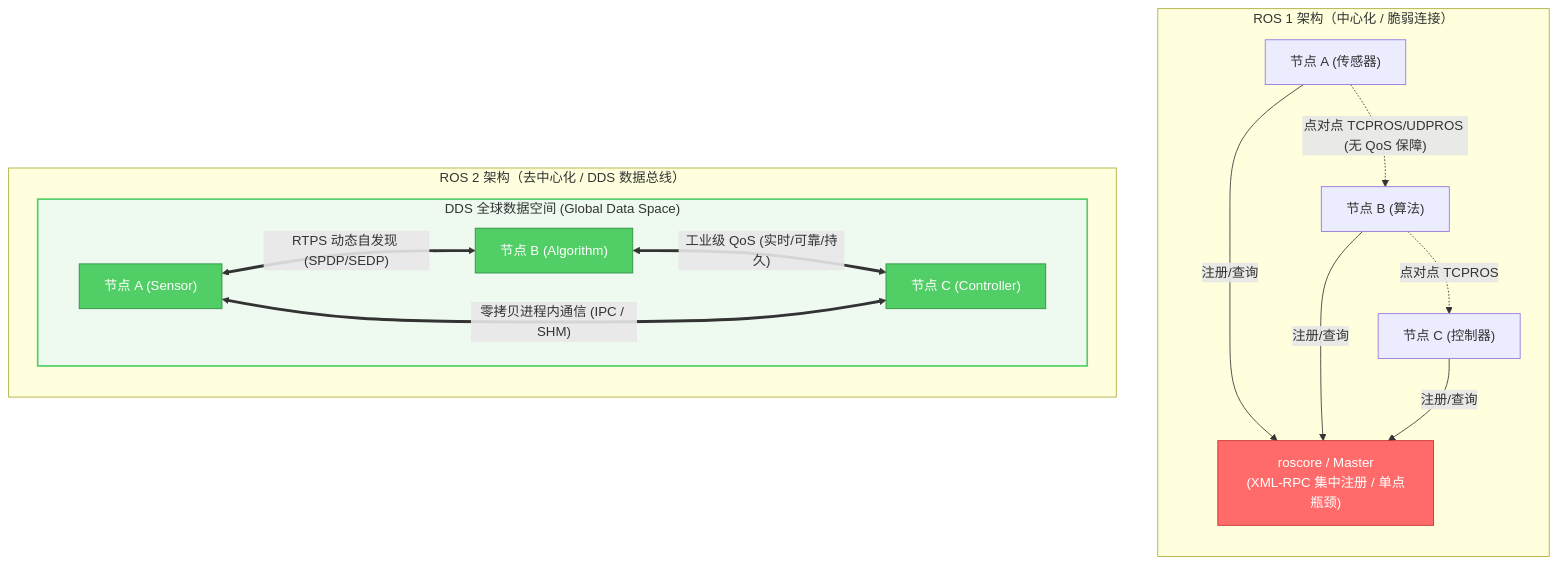
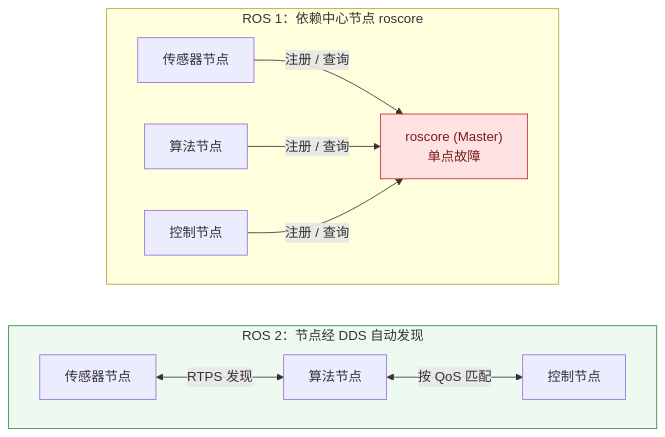
One commit to TingdeLiu/tingdeliu.github.io changed the first of 21 diagrams in _posts/research/2026-03-05-ROS2-Survey.md. Above: the diagram before and after it, drawn with Mermaid. The commit also changed other lines of this file, not shown here.

First line of the commit message:
Improve ROS 2 survey readability and fix technical errors

````diff
--- a/_posts/research/2026-03-05-ROS2-Survey.md
+++ b/_posts/research/2026-03-05-ROS2-Survey.md
@@ -38,29 +38,19 @@
 ```mermaid
 flowchart TB
-    subgraph ROS1["ROS 1 架构（中心化 / 脆弱连接）"]
-        direction TB
-        Master["roscore / Master<br/>(XML-RPC 集中注册 / 单点瓶颈)"]
-        N1["节点 A (传感器)"] -->|注册/查询| Master
-        N2["节点 B (算法)"] -->|注册/查询| Master
-        N3["节点 C (控制器)"] -->|注册/查询| Master
-        N1 -.->|"点对点 TCPROS/UDPROS (无 QoS 保障)"| N2
-        N2 -.->|"点对点 TCPROS"| N3
-        style Master fill:#ff6b6b,stroke:#c92a2a,color:#fff
+    subgraph ROS1["ROS 1：依赖中心节点 roscore"]
+        direction LR
+        N1["传感器节点"] -->|注册 / 查询| Master["roscore (Master)<br/>单点故障"]
+        N2["算法节点"] -->|注册 / 查询| Master
+        N3["控制节点"] -->|注册 / 查询| Master
+        style Master fill:#ffe3e3,stroke:#c92a2a,color:#7a1c1c
     end
 
-    subgraph ROS2["ROS 2 架构（去中心化 / DDS 数据总线）"]
-        direction TB
-        subgraph Bus["DDS 全球数据空间 (Global Data Space)"]
-            P1["节点 A (Sensor)"]
-            P2["节点 B (Algorithm)"]
-            P3["节点 C (Controller)"]
-            P1 <==>|"RTPS 动态自发现 (SPDP/SEDP)"| P2
-            P2 <==>|"工业级 QoS (实时/可靠/持久)"| P3
-            P1 <==>|"零拷贝进程内通信 (IPC / SHM)"| P3
-        end
-        style Bus fill:#eefaf0,stroke:#51cf66,stroke-width:2px
-        style P1 fill:#51cf66,stroke:#2b8a3e,color:#fff
-        style P2 fill:#51cf66,stroke:#2b8a3e,color:#fff
-        style P3 fill:#51cf66,stroke:#2b8a3e,color:#fff
+    subgraph ROS2["ROS 2：节点经 DDS 自动发现"]
+        direction LR
+        P1["传感器节点"] <-->|RTPS 发现| P2["算法节点"]
+        P2 <-->|按 QoS 匹配| P3["控制节点"]
+        style ROS2 fill:#eefaf0,stroke:#2b8a3e
     end
+
+    ROS1 ~~~ ROS2
 ```
````
